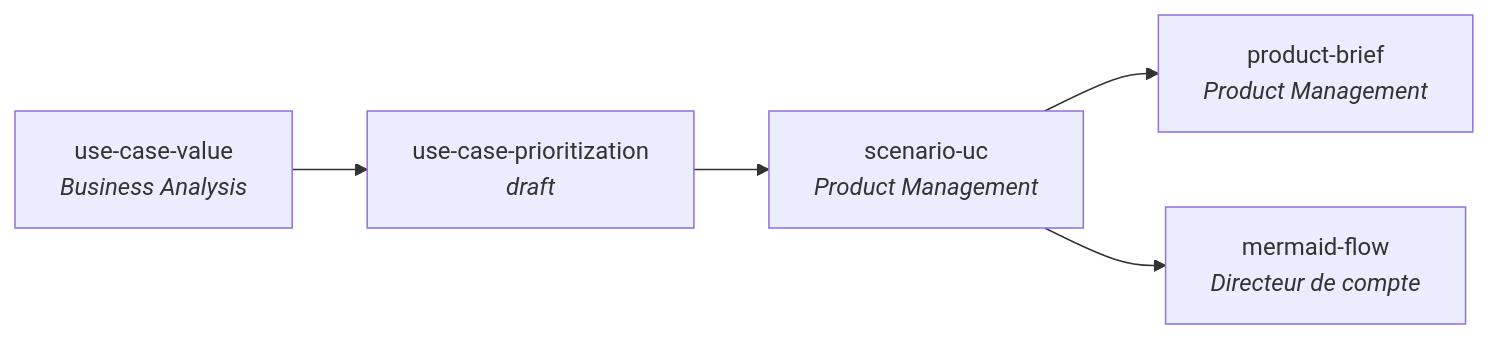
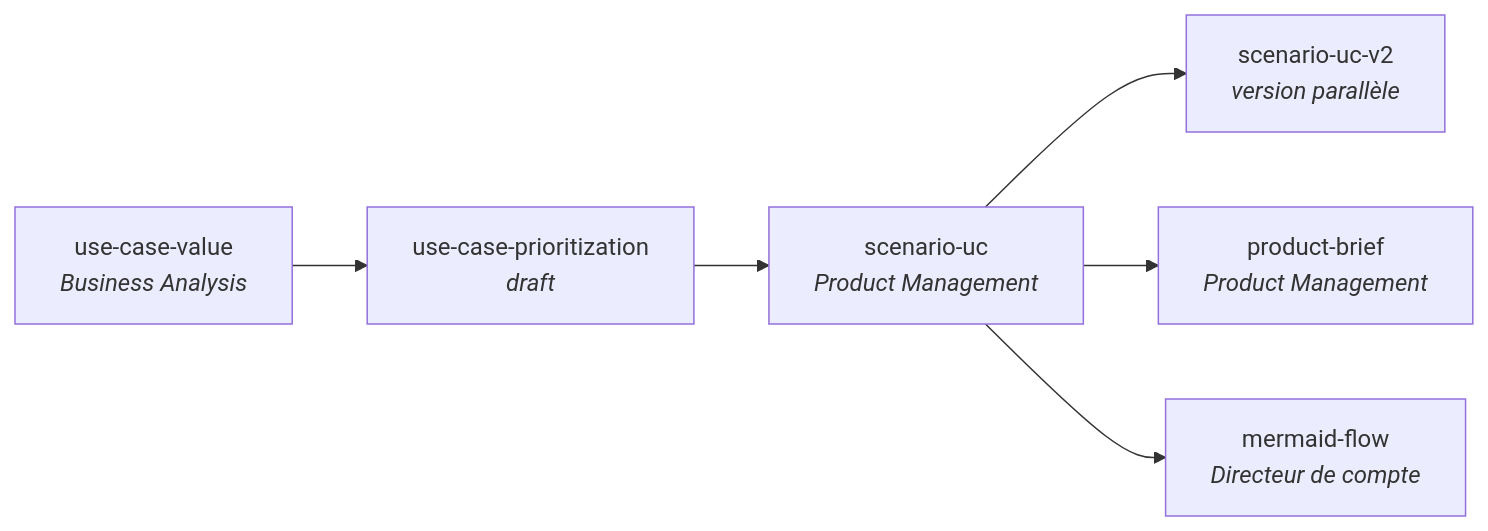
The diagram in README.md (RunLittleTurtle/skills), drawn with Mermaid before and after one commit. The commit also changed other lines of this file and 3 other files, not shown here.

First line of the commit message:
feat(scenario-uc-v2): version parallèle avec alternatives HEC, boucles, AS-IS/TO-BE et validation interactive

````diff
--- a/README.md
+++ b/README.md
@@ -49,7 +49,8 @@
 ```mermaid
 flowchart LR
   A[use-case-value<br/><i>Business Analysis</i>] --> B[use-case-prioritization<br/><i>draft</i>]
   B --> C[scenario-uc<br/><i>Product Management</i>]
+  C --> C2[scenario-uc-v2<br/><i>version parallèle</i>]
   C --> D[product-brief<br/><i>Product Management</i>]
   C --> E[mermaid-flow<br/><i>Directeur de compte</i>]
 ```
````
